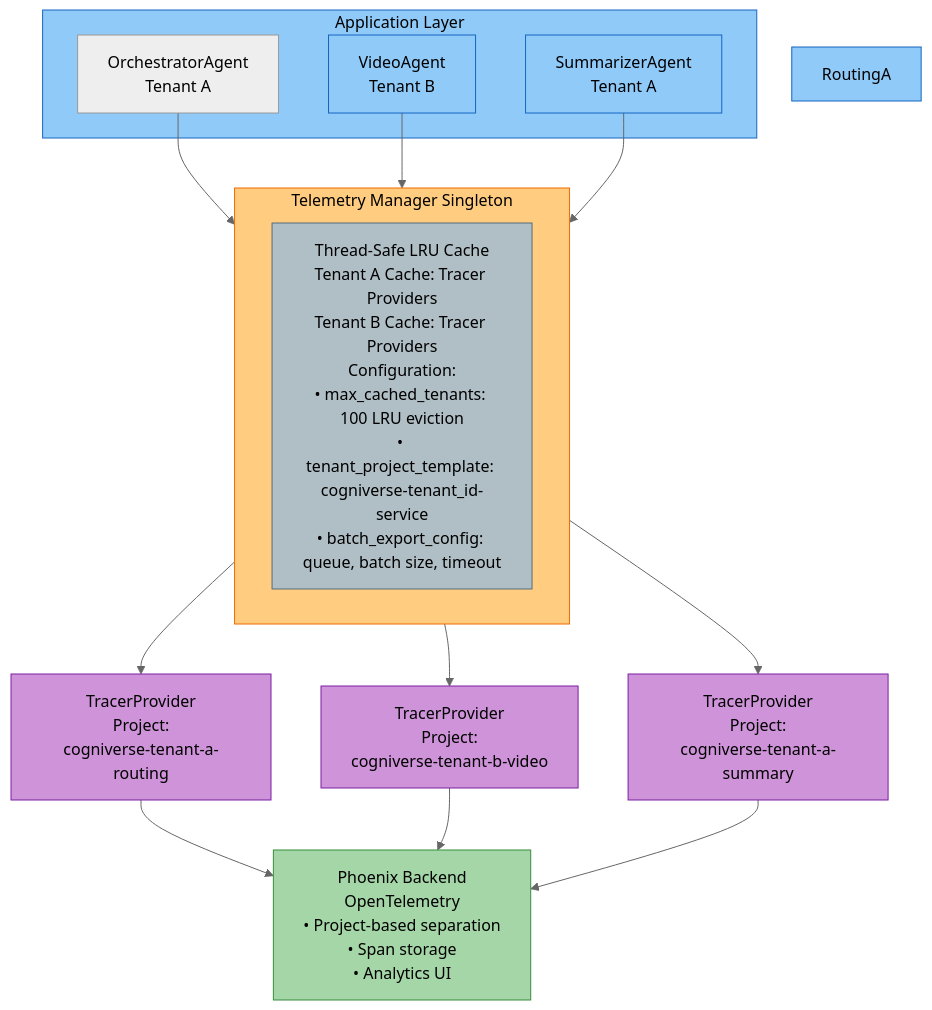
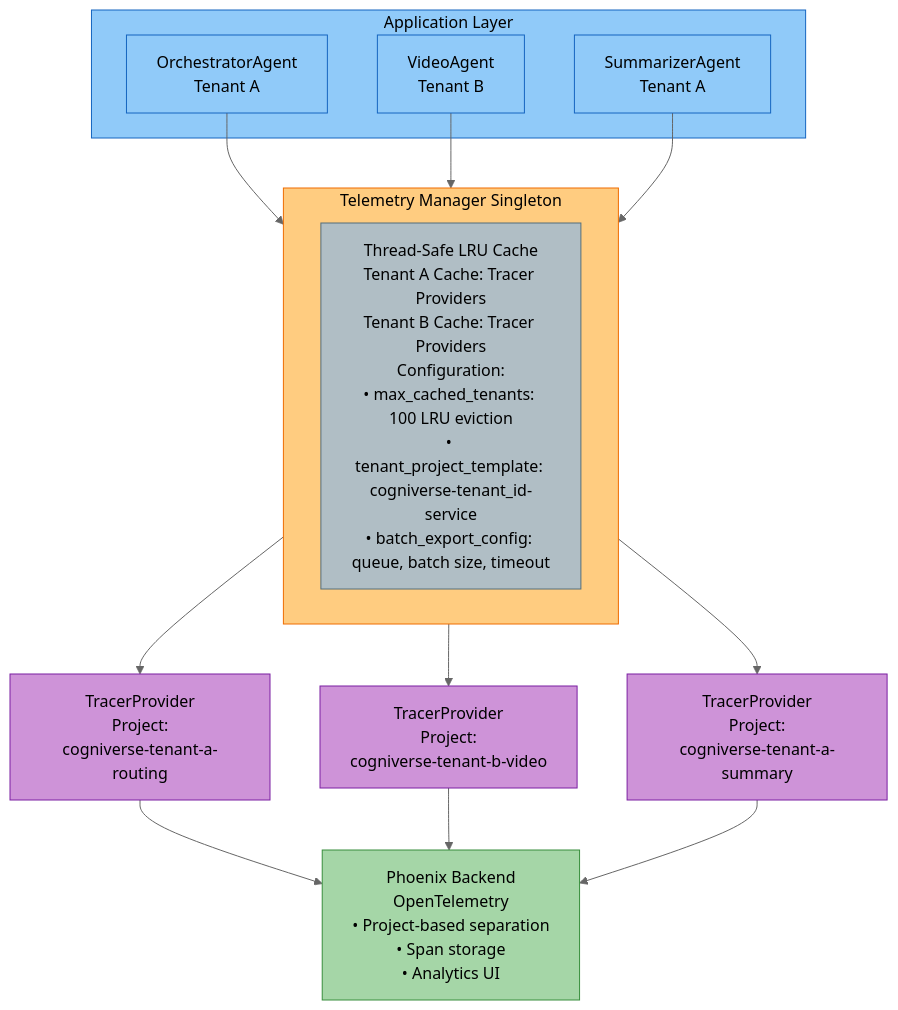
One commit to amit-jain/cogniverse changed the first of 4 diagrams in docs/modules/telemetry.md. Above: the diagram before and after it, drawn with Mermaid (neutral theme). The commit also changed other lines of this file and 50 other files, not shown here.

First line of the commit message:
Complete and verify docs against code with mermaid palette

````diff
--- a/docs/modules/telemetry.md
+++ b/docs/modules/telemetry.md
@@ -162,35 +166,35 @@
 ```mermaid
 flowchart TB
     subgraph AppLayer["<span style='color:#000'>Application Layer</span>"]
         OrchestratorA["<span style='color:#000'>OrchestratorAgent<br/>Tenant A</span>"]
         VideoB["<span style='color:#000'>VideoAgent<br/>Tenant B</span>"]
         SummarizerA["<span style='color:#000'>SummarizerAgent<br/>Tenant A</span>"]
     end
 
     OrchestratorA --> Manager
     VideoB --> Manager
     SummarizerA --> Manager
 
     subgraph Manager["<span style='color:#000'>Telemetry Manager Singleton</span>"]
         Cache["<span style='color:#000'>Thread-Safe LRU Cache<br/>Tenant A Cache: Tracer Providers<br/>Tenant B Cache: Tracer Providers<br/>Configuration:<br/>• max_cached_tenants: 100 LRU eviction<br/>• tenant_project_template: cogniverse-tenant_id-service<br/>• batch_export_config: queue, batch size, timeout</span>"]
     end
 
     Manager --> ProviderA["<span style='color:#000'>TracerProvider<br/>Project:<br/>cogniverse-tenant-a-routing</span>"]
     Manager --> ProviderB["<span style='color:#000'>TracerProvider<br/>Project:<br/>cogniverse-tenant-b-video</span>"]
     Manager --> ProviderC["<span style='color:#000'>TracerProvider<br/>Project:<br/>cogniverse-tenant-a-summary</span>"]
 
     ProviderA --> Phoenix["<span style='color:#000'>Phoenix Backend<br/>OpenTelemetry<br/>• Project-based separation<br/>• Span storage<br/>• Analytics UI</span>"]
     ProviderB --> Phoenix
     ProviderC --> Phoenix
 
     style AppLayer fill:#90caf9,stroke:#1565c0,color:#000
     style Manager fill:#ffcc80,stroke:#ef6c00,color:#000
     style Cache fill:#b0bec5,stroke:#546e7a,color:#000
-    style RoutingA fill:#90caf9,stroke:#1565c0,color:#000
+    style OrchestratorA fill:#90caf9,stroke:#1565c0,color:#000
     style VideoB fill:#90caf9,stroke:#1565c0,color:#000
     style SummarizerA fill:#90caf9,stroke:#1565c0,color:#000
     style ProviderA fill:#ce93d8,stroke:#7b1fa2,color:#000
     style ProviderB fill:#ce93d8,stroke:#7b1fa2,color:#000
     style ProviderC fill:#ce93d8,stroke:#7b1fa2,color:#000
     style Phoenix fill:#a5d6a7,stroke:#388e3c,color:#000
 ```
````
